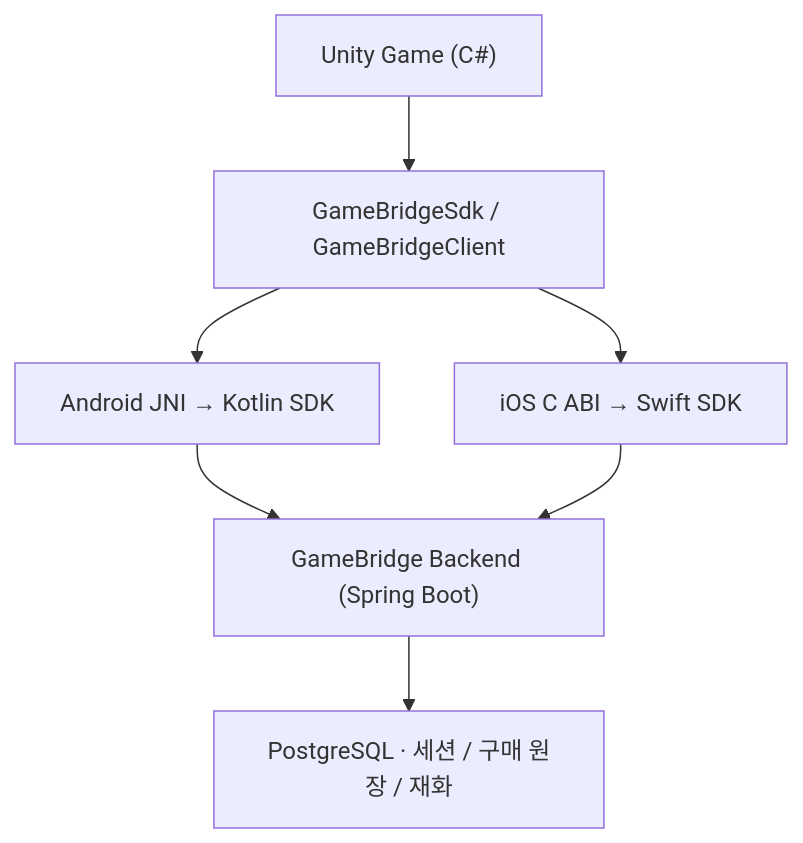
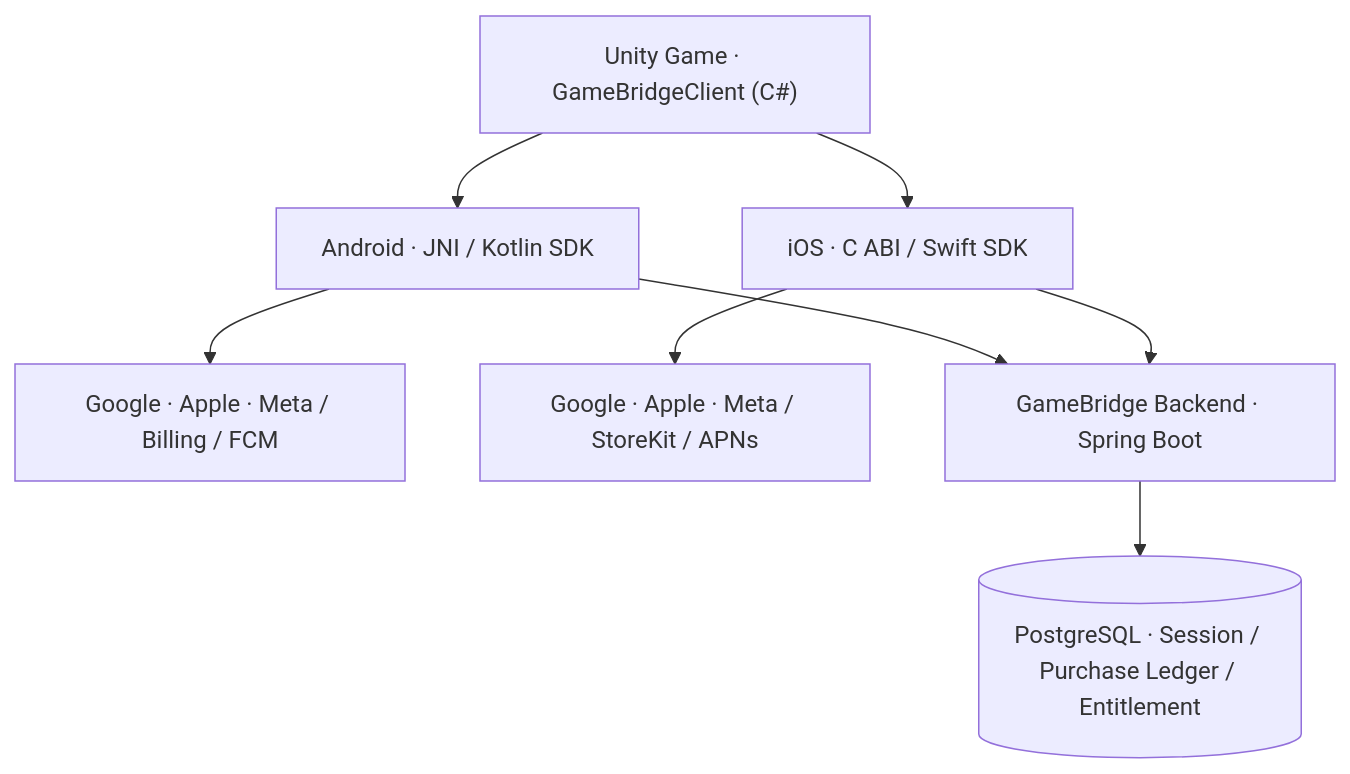
One commit to CodingBot000/GameBridge_SDK changed the diagram in README.md. Above: the diagram before and after it, drawn with Mermaid. The commit also changed other lines of this file, not shown here.

Commit message:
docs: refocus README on SDK architecture, features and verified results

````diff
--- a/README.md
+++ b/README.md
@@ -116,9 +34,17 @@
 ```mermaid
 flowchart TB
-    U["Unity Game (C#)"] --> F["GameBridgeSdk / GameBridgeClient"]
-    F --> A["Android JNI → Kotlin SDK"]
-    F --> I["iOS C ABI → Swift SDK"]
-    A --> B["GameBridge Backend (Spring Boot)"]
+    U["Unity Game · GameBridgeClient (C#)"]
+    A["Android · JNI / Kotlin SDK"]
+    I["iOS · C ABI / Swift SDK"]
+    PA["Google · Apple · Meta / Billing / FCM"]
+    PI["Google · Apple · Meta / StoreKit / APNs"]
+    B["GameBridge Backend · Spring Boot"]
+    D[("PostgreSQL · Session / Purchase Ledger / Entitlement")]
+    U --> A
+    U --> I
+    A --> PA
+    I --> PI
+    A --> B
     I --> B
-    B --> D["PostgreSQL · 세션 / 구매 원장 / 재화"]
+    B --> D
 ```
````
